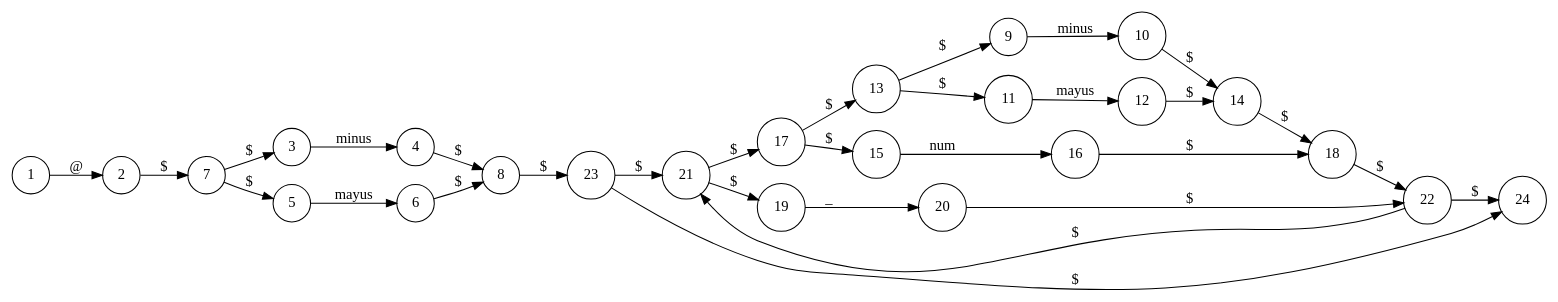
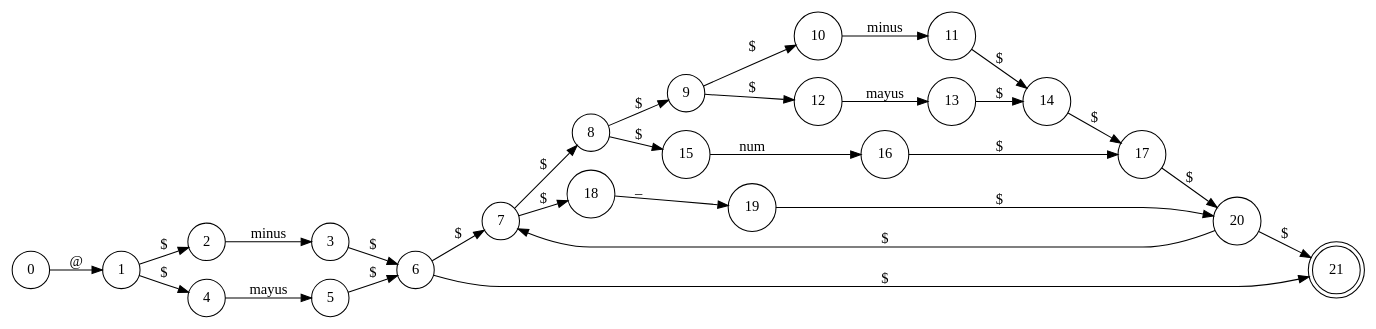
Before and after one commit to SolisMario/OLC1_Proyecto1_201900629: the diagram in OLC1_Proyecto1_201900629/DOT/igusernameAFN.dot, drawn with Graphviz. The commit also changed 42 other files, not shown here.

```diff
--- a/OLC1_Proyecto1_201900629/DOT/igusernameAFN.dot
+++ b/OLC1_Proyecto1_201900629/DOT/igusernameAFN.dot
@@ -1,56 +1,32 @@
 digraph afd {
 rankdir=LR;
-"nodo1"[shape=circle,label="1"]
-"nodo2"[shape=circle,label="2"]
-"nodo1"->"nodo2"[label="@"]
-"nodo3"[shape=circle,label="3"]
-"nodo4"[shape=circle,label="4"]
-"nodo3"->"nodo4"[label="minus"]
-"nodo5"[shape=circle,label="5"]
-"nodo6"[shape=circle,label="6"]
-"nodo5"->"nodo6"[label="mayus"]
-"nodo7"[shape=circle,label="7"]
-"nodo7"->"nodo5"[label="$"]
-"nodo7"->"nodo3"[label="$"]
-"nodo8"[shape=circle,label="8"]
-"nodo6"->"nodo8"[label="$"]
-"nodo4"->"nodo8"[label="$"]
-"nodo2"->"nodo7"[label="$"]
-"nodo9"[shape=circle,label="9"]
-"nodo10"[shape=circle,label="10"]
-"nodo9"->"nodo10"[label="minus"]
-"nodo11"[shape=circle,label="11"]
-"nodo12"[shape=circle,label="12"]
-"nodo11"->"nodo12"[label="mayus"]
-"nodo13"[shape=circle,label="13"]
-"nodo13"->"nodo11"[label="$"]
-"nodo13"->"nodo9"[label="$"]
-"nodo14"[shape=circle,label="14"]
-"nodo12"->"nodo14"[label="$"]
-"nodo10"->"nodo14"[label="$"]
-"nodo15"[shape=circle,label="15"]
-"nodo16"[shape=circle,label="16"]
-"nodo15"->"nodo16"[label="num"]
-"nodo17"[shape=circle,label="17"]
-"nodo17"->"nodo15"[label="$"]
-"nodo17"->"nodo13"[label="$"]
-"nodo18"[shape=circle,label="18"]
-"nodo16"->"nodo18"[label="$"]
-"nodo14"->"nodo18"[label="$"]
-"nodo19"[shape=circle,label="19"]
-"nodo20"[shape=circle,label="20"]
-"nodo19"->"nodo20"[label="_"]
-"nodo21"[shape=circle,label="21"]
-"nodo21"->"nodo19"[label="$"]
-"nodo21"->"nodo17"[label="$"]
-"nodo22"[shape=circle,label="22"]
-"nodo20"->"nodo22"[label="$"]
-"nodo18"->"nodo22"[label="$"]
-"nodo23"[shape=circle,label="23"]
-"nodo23"->"nodo21"[label="$"]
-"nodo24"[shape=circle,label="24"]
-"nodo22"->"nodo24"[label="$"]
-"nodo23"->"nodo24"[label="$" constraint=false]
-"nodo22"->"nodo21"[label="$" constraint=false]
-"nodo8"->"nodo23"[label="$"]
+node [shape=circle];
+"0"->"1"[label="@"]
+"1"->"2"[label="$"]
+"1"->"4"[label="$"]
+"2"->"3"[label="minus"]
+"3"->"6"[label="$"]
+"4"->"5"[label="mayus"]
+"5"->"6"[label="$"]
+"6"->"7"[label="$"]
+"6"->"21"[label="$"]
+"20"->"7"[label="$"]
+"7"->"8"[label="$"]
+"7"->"18"[label="$"]
+"8"->"9"[label="$"]
+"8"->"15"[label="$"]
+"9"->"10"[label="$"]
+"9"->"12"[label="$"]
+"10"->"11"[label="minus"]
+"11"->"14"[label="$"]
+"12"->"13"[label="mayus"]
+"13"->"14"[label="$"]
+"14"->"17"[label="$"]
+"15"->"16"[label="num"]
+"16"->"17"[label="$"]
+"17"->"20"[label="$"]
+"18"->"19"[label="_"]
+"19"->"20"[label="$"]
+"20"->"21"[label="$"]
+21[shape=doublecircle,label=21]
 }
```
